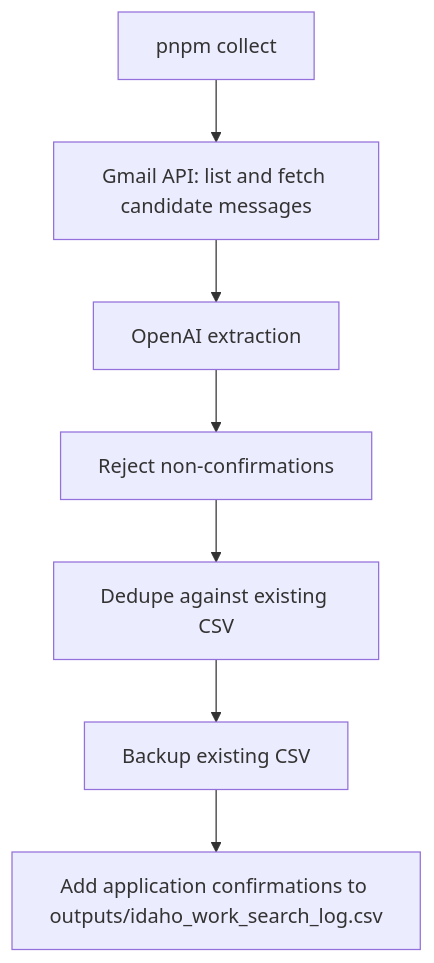
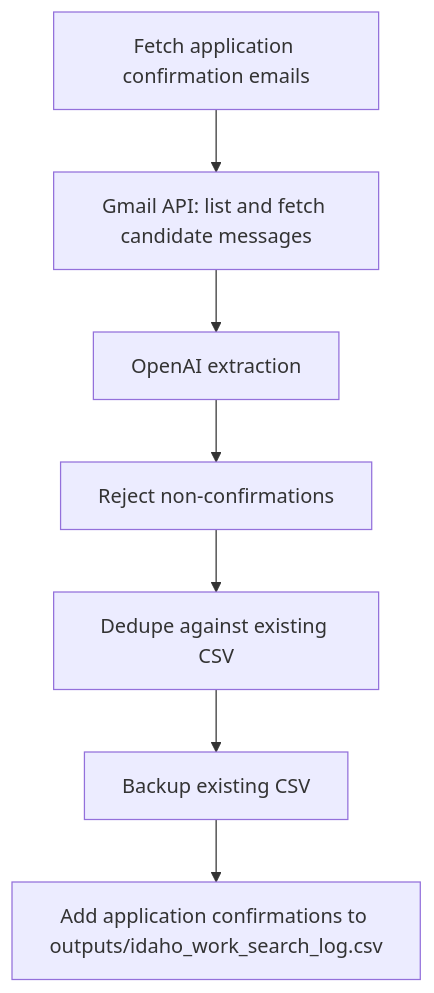
The third of 5 diagrams in README.md (idahotallpaul/work-search-reporter), drawn with Mermaid before and after one commit. The commit also changed other lines of this file and 5 other files, not shown here.

````diff
--- a/README.md
+++ b/README.md
@@ -73,9 +64,9 @@
 ```mermaid
 flowchart TD
-  A["pnpm collect"] --> B["Gmail API: list and fetch candidate messages"]
+  A["Fetch application confirmation emails"] --> B["Gmail API: list and fetch candidate messages"]
   B --> C["OpenAI extraction"]
   C --> D["Reject non-confirmations"]
   D --> E["Dedupe against existing CSV"]
   E --> F["Backup existing CSV"]
   F --> G["Add application confirmations to outputs/idaho_work_search_log.csv"]
 ```
````
